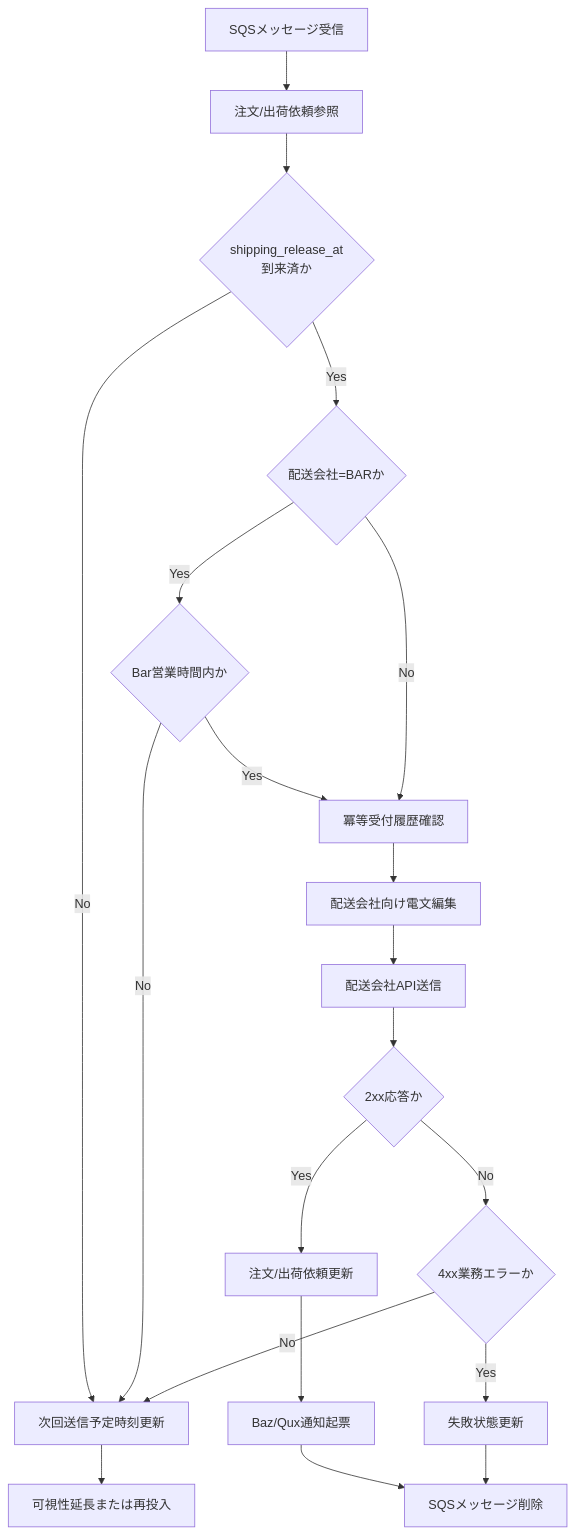
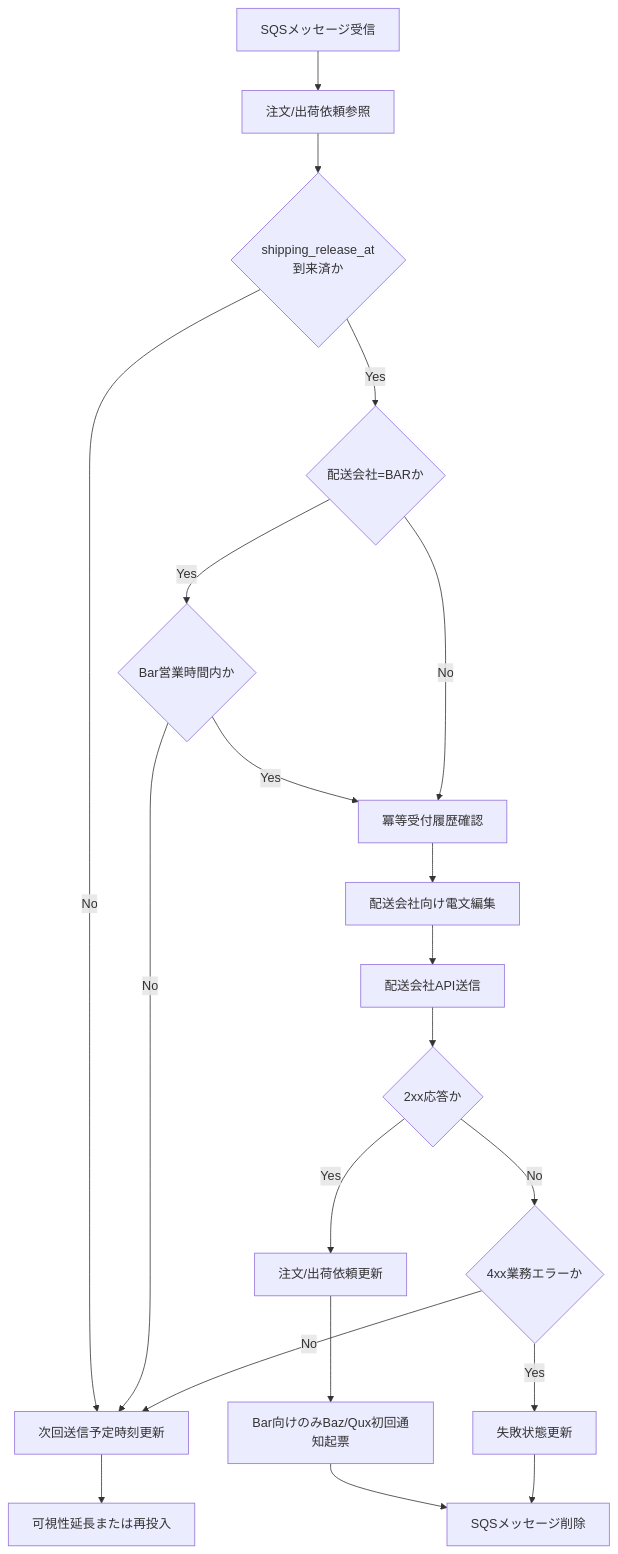
One commit to CalorieMateEater/training-project-logistics-company changed the diagram in docs/自社内部設計/業務設計/処理設計書/PDS-003_配送会社連携Worker処理設計書.md. Above: the diagram before and after it, drawn with Mermaid. The commit also changed other lines of this file and 23 other files, not shown here.

````diff
--- a/docs/自社内部設計/業務設計/処理設計書/PDS-003_配送会社連携Worker処理設計書.md
+++ b/docs/自社内部設計/業務設計/処理設計書/PDS-003_配送会社連携Worker処理設計書.md
@@ -16,22 +16,22 @@
 ```mermaid
 flowchart TD
     A[SQSメッセージ受信] --> B[注文/出荷依頼参照]
     B --> C{shipping_release_at\n到来済か}
     C -- No --> D[次回送信予定時刻更新]
     D --> E[可視性延長または再投入]
     C -- Yes --> F{配送会社=BARか}
     F -- Yes --> G{Bar営業時間内か}
     G -- No --> D
     G -- Yes --> H[冪等受付履歴確認]
     F -- No --> H
     H --> I[配送会社向け電文編集]
     I --> J[配送会社API送信]
     J --> K{2xx応答か}
     K -- Yes --> L[注文/出荷依頼更新]
-    L --> M[Baz/Qux通知起票]
+    L --> M[Bar向けのみBaz/Qux初回通知起票]
     M --> N[SQSメッセージ削除]
     K -- No --> O{4xx業務エラーか}
     O -- Yes --> P[失敗状態更新]
     P --> N
     O -- No --> D
 ```
````
